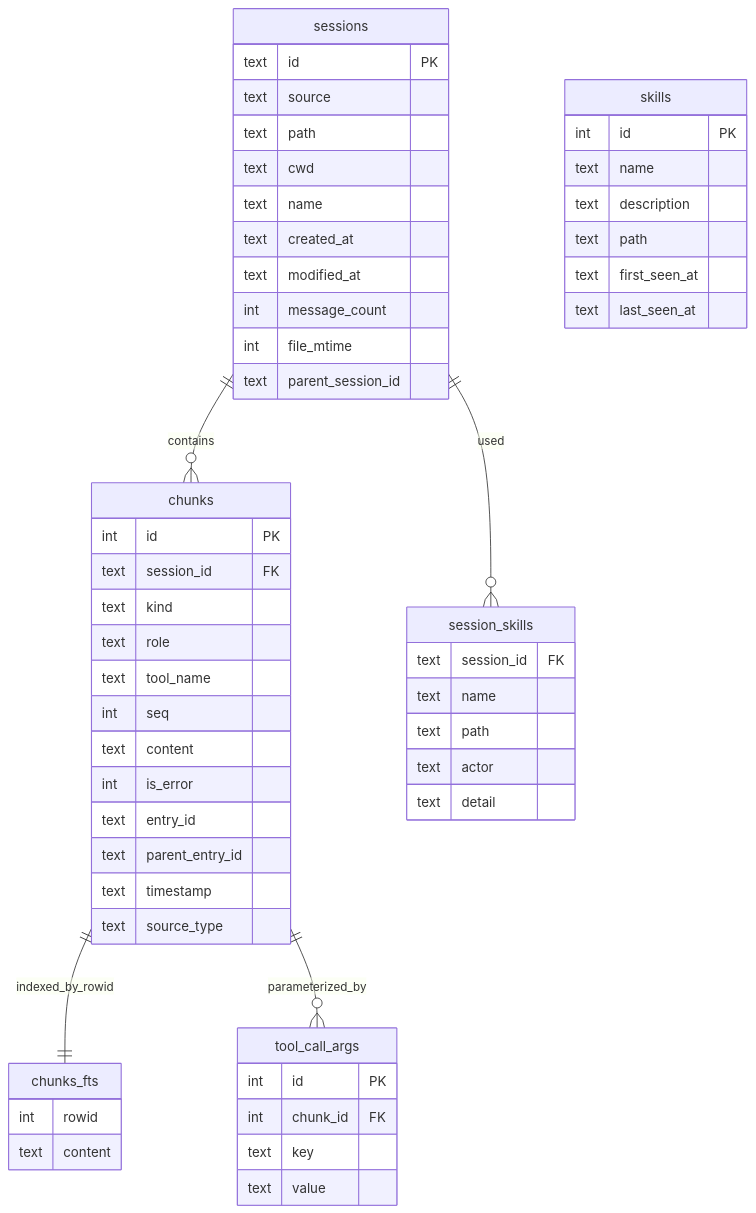
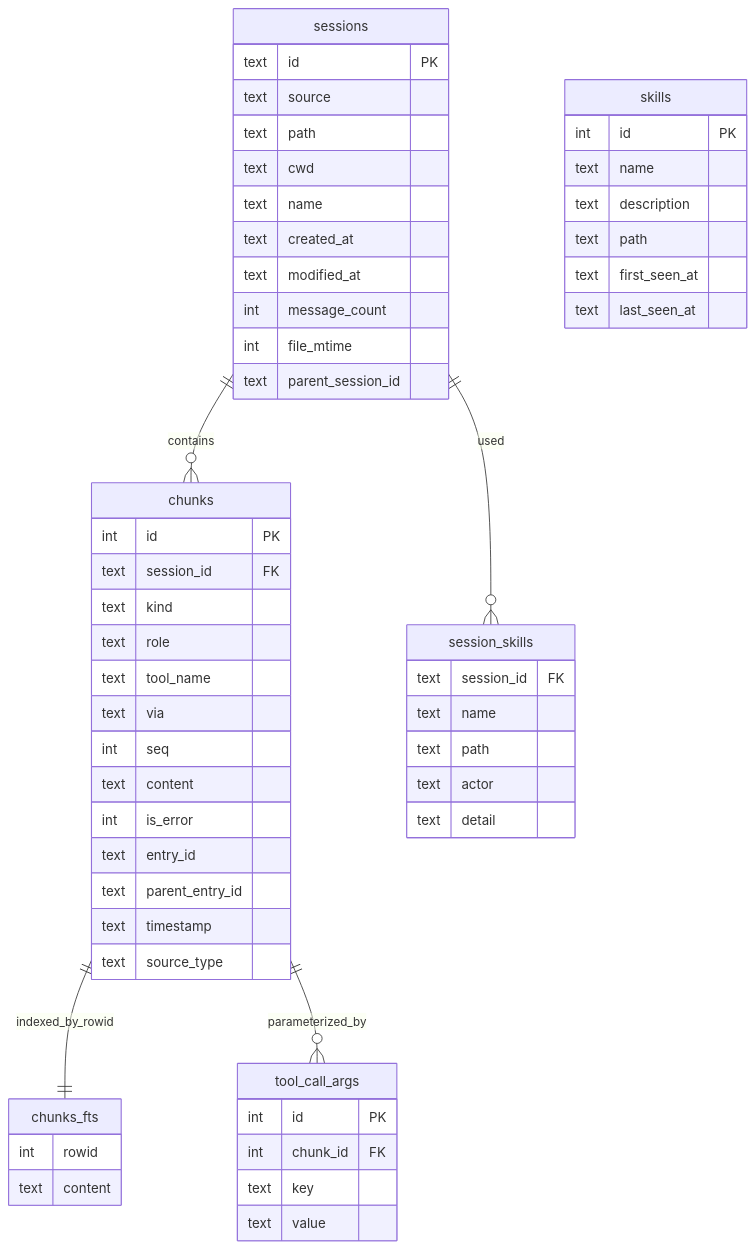
Before and after one commit to aliou/sesame: the second of 2 diagrams in docs/indexing.md, drawn with Mermaid. The commit also changed other lines of this file and 17 other files, not shown here.

````diff
--- a/docs/indexing.md
+++ b/docs/indexing.md
@@ -170,64 +178,65 @@
 ```mermaid
 erDiagram
   sessions ||--o{ chunks : contains
   sessions ||--o{ session_skills : used
   chunks ||--|| chunks_fts : indexed_by_rowid
   chunks ||--o{ tool_call_args : parameterized_by
 
   sessions {
     text id PK
     text source
     text path
     text cwd
     text name
     text created_at
     text modified_at
     int message_count
     int file_mtime
     text parent_session_id
   }
 
   chunks {
     int id PK
     text session_id FK
     text kind
     text role
     text tool_name
+    text via
     int seq
     text content
     int is_error
     text entry_id
     text parent_entry_id
     text timestamp
     text source_type
   }
 
   session_skills {
     text session_id FK
     text name
     text path
     text actor
     text detail
   }
 
   skills {
     int id PK
     text name
     text description
     text path
     text first_seen_at
     text last_seen_at
   }
 
   tool_call_args {
     int id PK
     int chunk_id FK
     text key
     text value
   }
 
   chunks_fts {
     int rowid
     text content
   }
 ```
````
